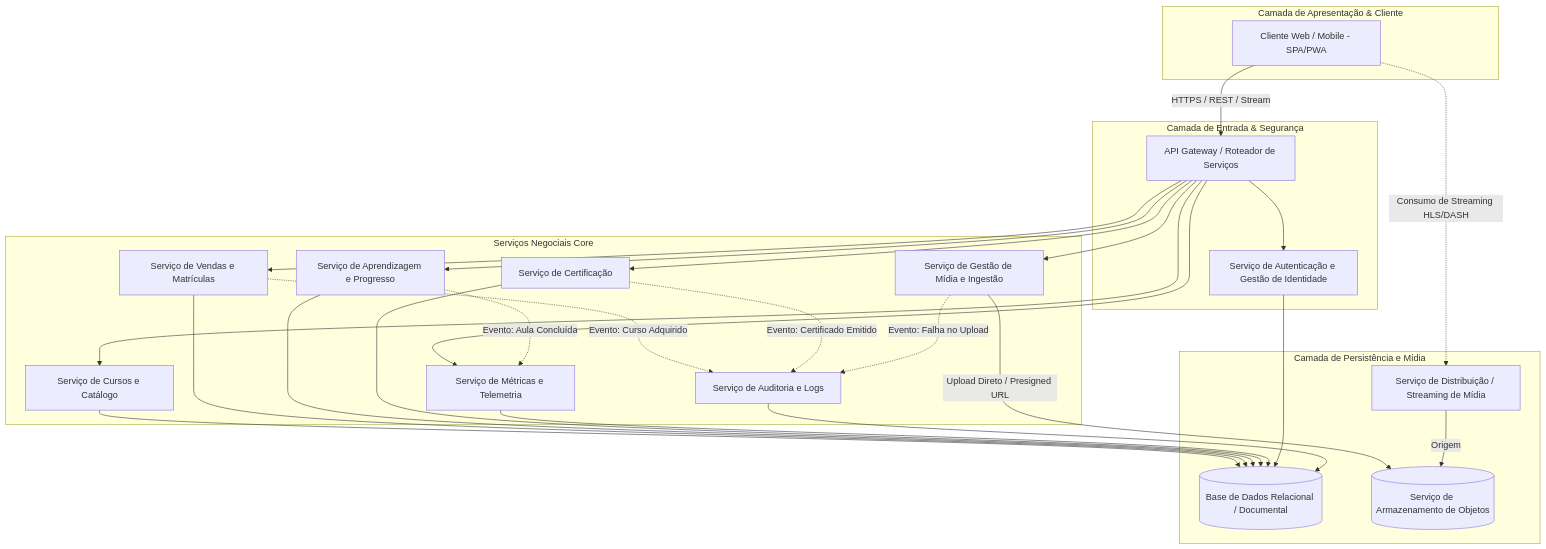
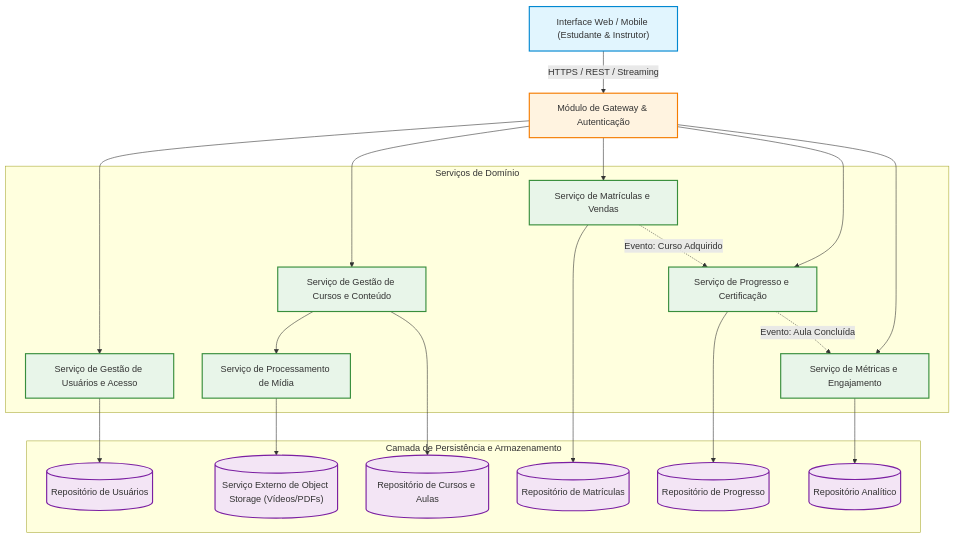
Before and after one commit to PDC-ESIA/AI4ES: the first of 2 diagrams in docs/Time_2_Design/analise-qualitativa/outputs/relatorio_gemini_3_6_flash_M01.md, drawn with Mermaid. The commit also changed other lines of this file and 107 other files, not shown here.

````diff
--- a/docs/Time_2_Design/analise-qualitativa/outputs/relatorio_gemini_3_6_flash_M01.md
+++ b/docs/Time_2_Design/analise-qualitativa/outputs/relatorio_gemini_3_6_flash_M01.md
@@ -25,54 +27,47 @@
 ```mermaid
 graph TD
-    subgraph Client_Layer [Camada de Apresentação & Cliente]
-        WebClient[Cliente Web / Mobile - SPA/PWA]
+    classDef client fill:#e1f5fe,stroke:#0288d1,stroke-width:2px;
+    classDef boundary fill:#fff3e0,stroke:#f57c00,stroke-width:2px;
+    classDef service fill:#e8f5e9,stroke:#388e3c,stroke-width:2px;
+    classDef storage fill:#f3e5f5,stroke:#7b1fa2,stroke-width:2px;
+
+    ClientWeb["Interface Web / Mobile (Estudante & Instrutor)"]:::client
+    APIGateway["Módulo de Gateway & Autenticação"]:::boundary
+
+    subgraph CoreServices["Serviços de Domínio"]
+        AuthService["Serviço de Gestão de Usuários e Acesso"]:::service
+        CourseService["Serviço de Gestão de Cursos e Conteúdo"]:::service
+        EnrollmentService["Serviço de Matrículas e Vendas"]:::service
+        ProgressService["Serviço de Progresso e Certificação"]:::service
+        AnalyticsService["Serviço de Métricas e Engajamento"]:::service
+        MediaService["Serviço de Processamento de Mídia"]:::service
     end
 
-    subgraph Gateway_Layer [Camada de Entrada & Segurança]
-        APIGateway[API Gateway / Roteador de Serviços]
-        AuthService[Serviço de Autenticação e Gestão de Identidade]
+    subgraph DataStorage["Camada de Persistência e Armazenamento"]
+        UserDB[("Repositório de Usuários")]:::storage
+        CourseDB[("Repositório de Cursos e Aulas")]:::storage
+        EnrollmentDB[("Repositório de Matrículas")]:::storage
+        ProgressDB[("Repositório de Progresso")]:::storage
+        AnalyticsDB[("Repositório Analítico")]:::storage
+        ObjectStore[("Serviço Externo de Object Storage (Vídeos/PDFs)")]:::storage
     end
 
-    subgraph Core_Services [Serviços Negociais Core]
-        CourseService[Serviço de Cursos e Catálogo]
-        MediaService[Serviço de Gestão de Mídia e Ingestão]
-        EnrollmentService[Serviço de Vendas e Matrículas]
-        LearningService[Serviço de Aprendizagem e Progresso]
-        CertificateService[Serviço de Certificação]
-        AnalyticsService[Serviço de Métricas e Telemetria]
-        AuditService[Serviço de Auditoria e Logs]
-    end
-
-    subgraph Storage_Layer [Camada de Persistência e Mídia]
-        Database[(Base de Dados Relacional / Documental)]
-        ObjectStorage[(Serviço de Armazenamento de Objetos)]
-        StreamingCDN[Serviço de Distribuição / Streaming de Mídia]
-    end
-
-    %% Conexões
-    WebClient -->|HTTPS / REST / Stream| APIGateway
+    ClientWeb -->|HTTPS / REST / Streaming| APIGateway
     APIGateway --> AuthService
     APIGateway --> CourseService
-    APIGateway --> MediaService
     APIGateway --> EnrollmentService
-    APIGateway --> LearningService
-    APIGateway --> CertificateService
+    APIGateway --> ProgressService
     APIGateway --> AnalyticsService
 
-    CourseService --> Database
-    EnrollmentService --> Database
-    LearningService --> Database
-    CertificateService --> Database
-    AnalyticsService --> Database
-    AuthService --> Database
-    AuditService --> Database
+    CourseService --> MediaService
+    MediaService --> ObjectStore
 
-    MediaService -->|Upload Direto / Presigned URL| ObjectStorage
-    StreamingCDN -->|Origem| ObjectStorage
-    WebClient -.->|Consumo de Streaming HLS/DASH| StreamingCDN
+    AuthService --> UserDB
+    CourseService --> CourseDB
+    EnrollmentService --> EnrollmentDB
+    ProgressService --> ProgressDB
+    AnalyticsService --> AnalyticsDB
 
-    EnrollmentService -.->|Evento: Curso Adquirido| AuditService
-    CertificateService -.->|Evento: Certificado Emitido| AuditService
-    MediaService -.->|Evento: Falha no Upload| AuditService
-    LearningService -.->|Evento: Aula Concluída| AnalyticsService
+    EnrollmentService -.->|Evento: Curso Adquirido| ProgressService
+    ProgressService -.->|Evento: Aula Concluída| AnalyticsService
 ```
````
